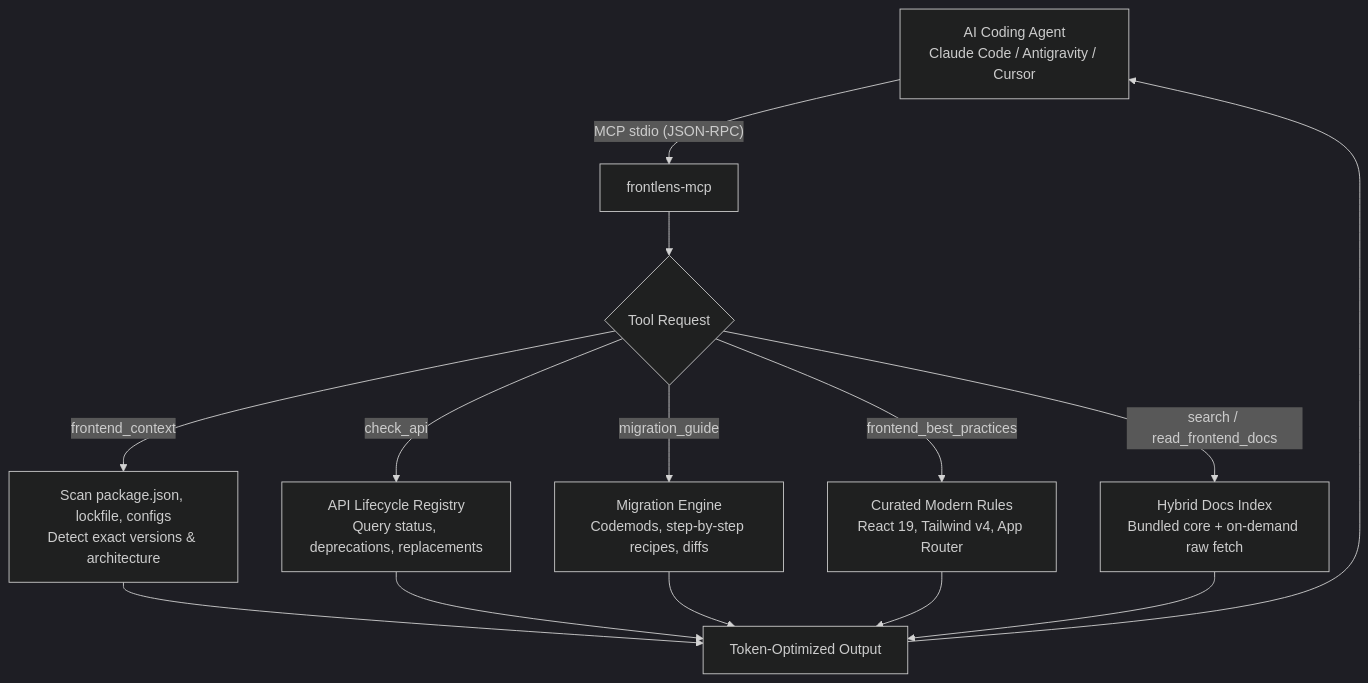
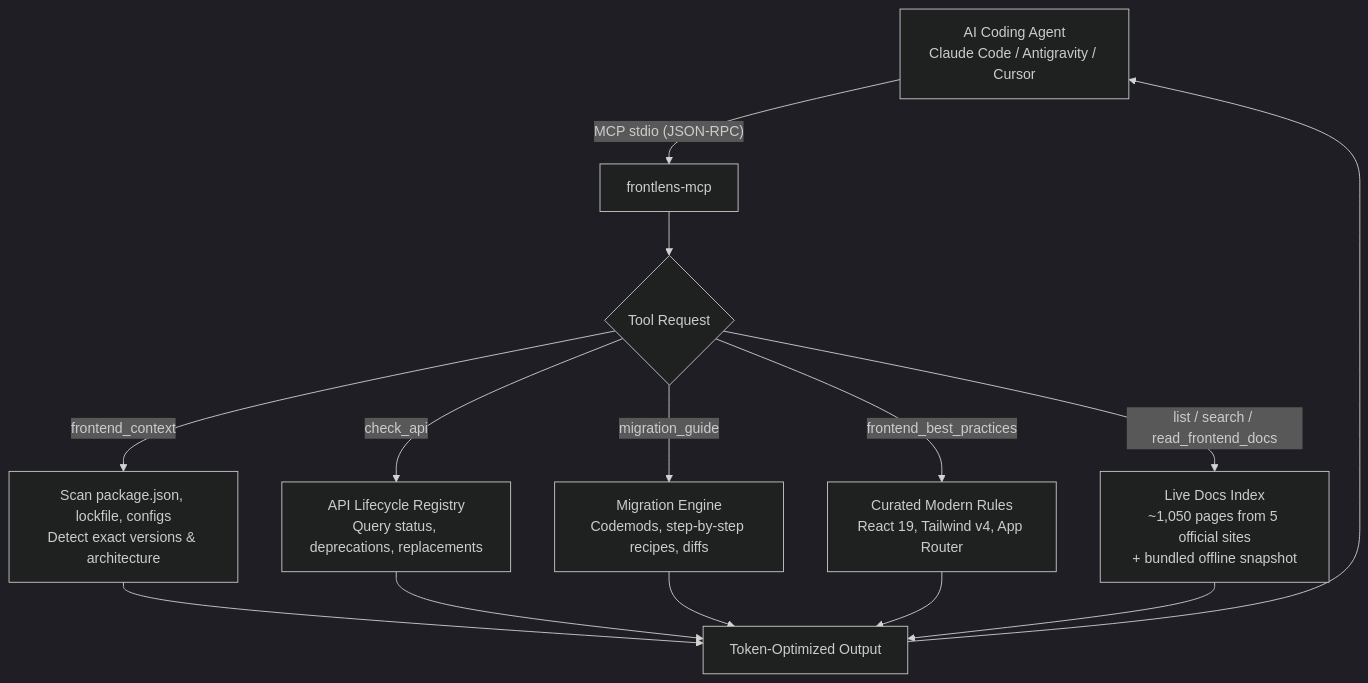
The diagram in README.md (ajaymahato431/frontlens-mcp), drawn with Mermaid (dark theme) before and after one commit. The commit also changed other lines of this file and 37 other files, not shown here.

````diff
--- a/README.md
+++ b/README.md
@@ -42,12 +44,12 @@
 ```mermaid
 flowchart TD
     A[AI Coding Agent<br/>Claude Code / Antigravity / Cursor] -- "MCP stdio (JSON-RPC)" --> B[frontlens-mcp]
     B --> C{Tool Request}
     C -- frontend_context --> D[Scan package.json, lockfile, configs<br/>Detect exact versions & architecture]
     C -- check_api --> E[API Lifecycle Registry<br/>Query status, deprecations, replacements]
     C -- migration_guide --> F[Migration Engine<br/>Codemods, step-by-step recipes, diffs]
     C -- frontend_best_practices --> G[Curated Modern Rules<br/>React 19, Tailwind v4, App Router]
-    C -- search / read_frontend_docs --> H[Hybrid Docs Index<br/>Bundled core + on-demand raw fetch]
+    C -- list / search / read_frontend_docs --> H[Live Docs Index<br/>~1,050 pages from 5 official sites<br/>+ bundled offline snapshot]
     D & E & F & G & H --> I[Token-Optimized Output]
     I --> A
 ```
````
